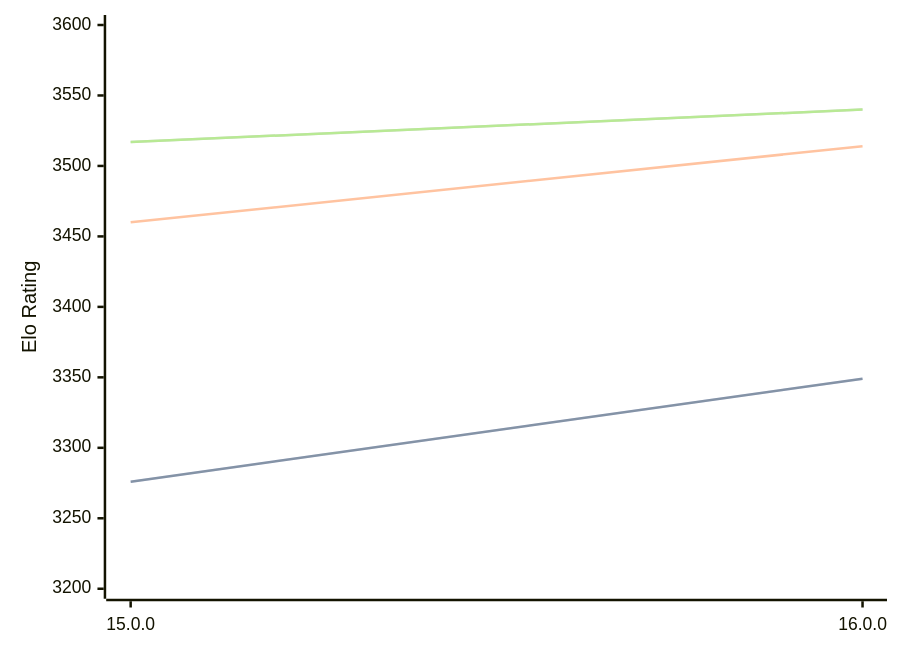
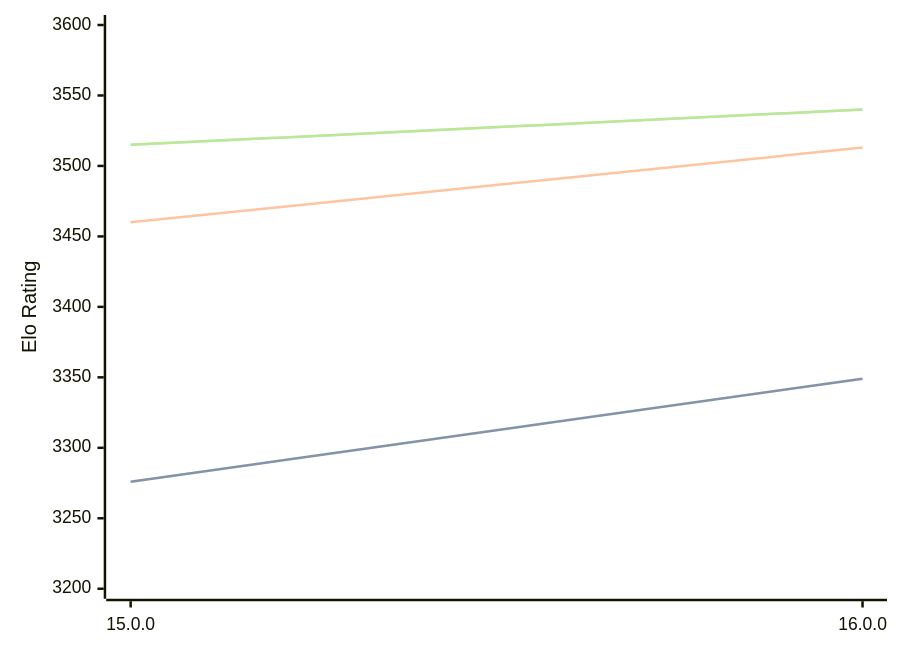
One commit to computer-chess-index/cci changed the diagram in engines/Halogen.md. Above: the diagram before and after it, drawn with Mermaid. The commit also changed other lines of this file, not shown here.

Commit message:
Update CCI Ratings (ELO VLTC) - 2026-07-27

````diff
--- a/engines/Halogen.md
+++ b/engines/Halogen.md
@@ -50,11 +50,11 @@
 ```mermaid
 %%{init: {"theme":"base","themeVariables":{"seriesColors:['#a3a3a3','#222221','#faa371']}}}%%
 xychart-beta
   x-axis ["15.0.0", "16.0.0"]
   y-axis "Elo Rating" 3200 --> 3600
   line "STC (8.0+0.08s)" [3276, 3349]
   line "STC (8.0+0.08s)" [3276, 3349]
-  line "LTC (60.0+0.60s)" [3460, 3514]
-  line "VLTC (2m24s+1.12s)" [3517, 3540]
-  line "VLTC (2m24s+1.12s)" [3517, 3540]
+  line "LTC (60.0+0.60s)" [3460, 3513]
+  line "VLTC (2m24s+1.12s)" [3515, 3540]
+  line "VLTC (2m24s+1.12s)" [3515, 3540]
 ```
````
